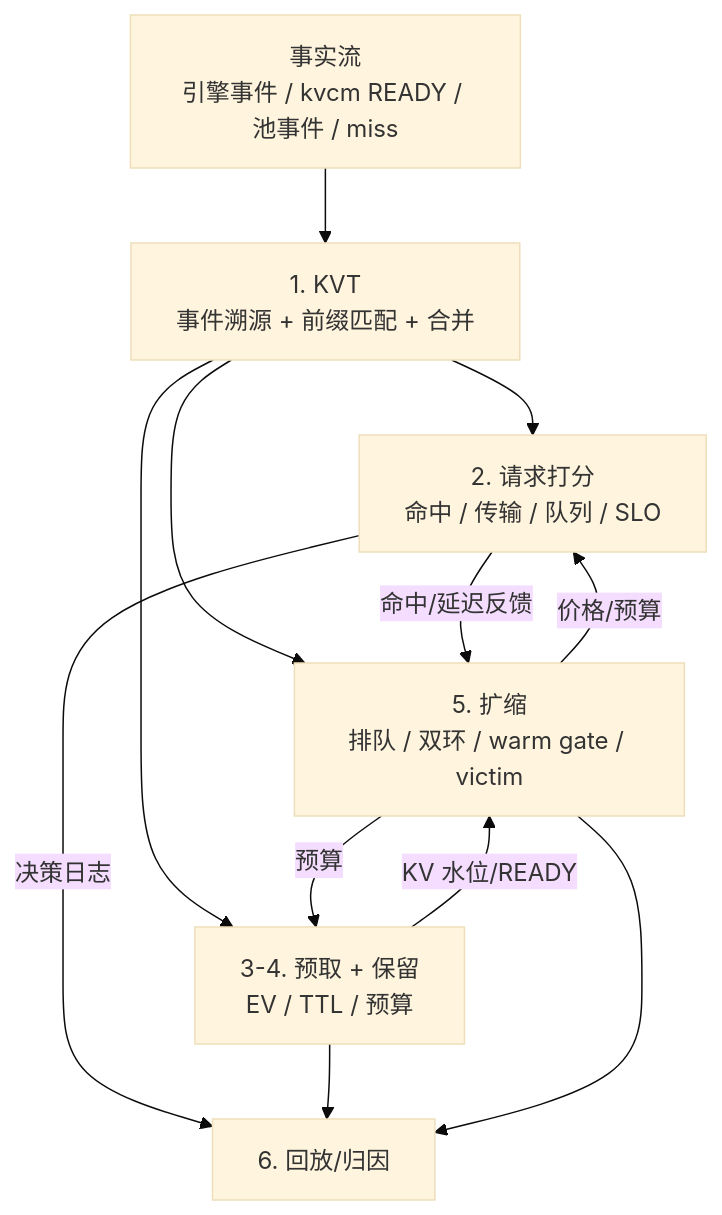
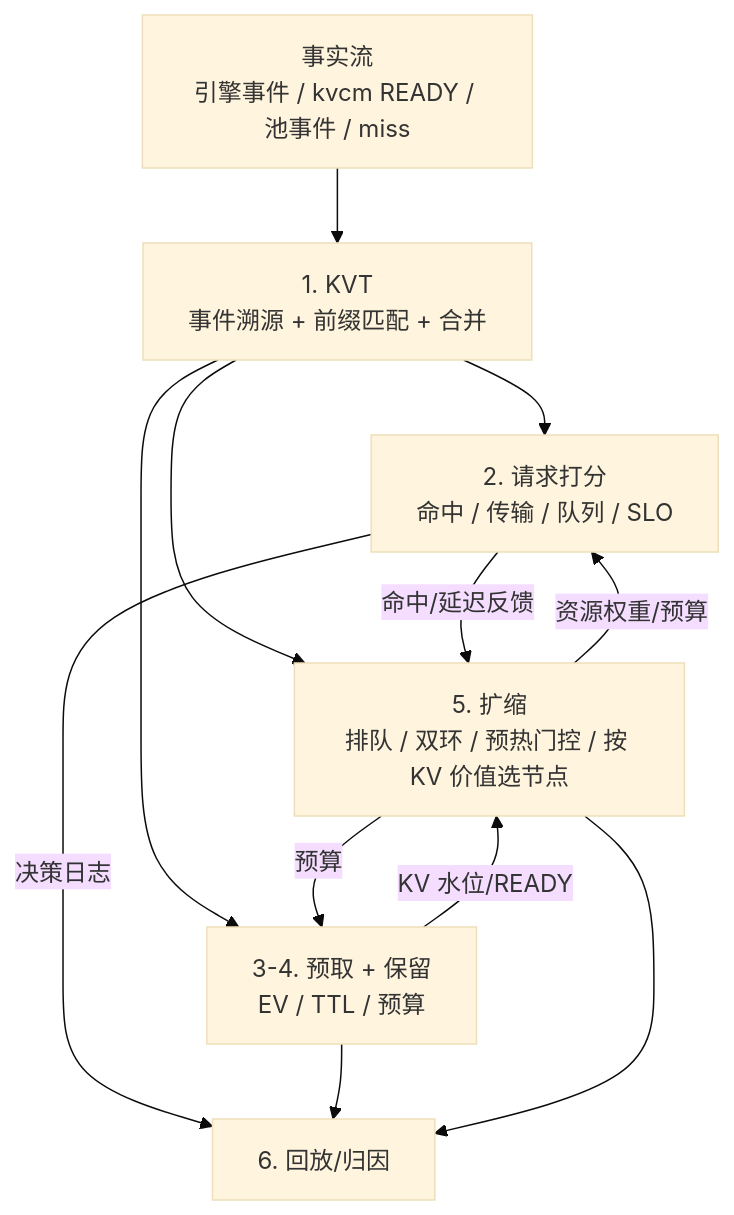
Before and after one commit to 5x8-40/lake: the first of 9 diagrams in kvcm/design/D8a-scheduling-algorithms.md, drawn with Mermaid (base theme). The commit also changed other lines of this file and 4 other files, not shown here.

````diff
--- a/kvcm/design/D8a-scheduling-algorithms.md
+++ b/kvcm/design/D8a-scheduling-algorithms.md
@@ -15,14 +15,14 @@
 ```mermaid
 flowchart TB
     F["事实流<br/>引擎事件 / kvcm READY / 池事件 / miss"] --> KVT["1. KVT<br/>事件溯源 + 前缀匹配 + 合并"]
     KVT --> L0["2. 请求打分<br/>命中 / 传输 / 队列 / SLO"]
     KVT --> L1["3-4. 预取 + 保留<br/>EV / TTL / 预算"]
-    KVT --> L2["5. 扩缩<br/>排队 / 双环 / warm gate / victim"]
+    KVT --> L2["5. 扩缩<br/>排队 / 双环 / 预热门控 / 按 KV 价值选节点"]
     L0 -->|"命中/延迟反馈"| L2
     L1 -->|"KV 水位/READY"| L2
-    L2 -->|"价格/预算"| L0
+    L2 -->|"资源权重/预算"| L0
     L2 -->|"预算"| L1
     L0 -->|"决策日志"| LOG["6. 回放/归因"]
     L1 --> LOG
     L2 --> LOG
 ```
````
